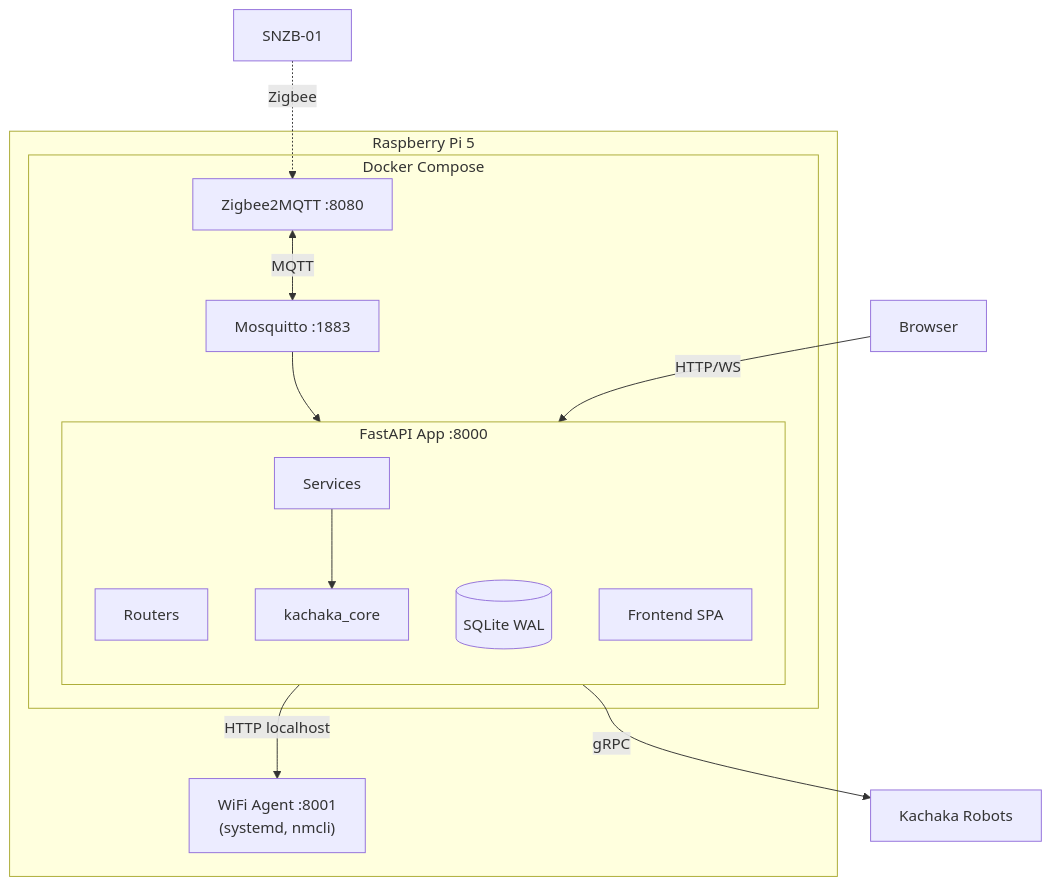
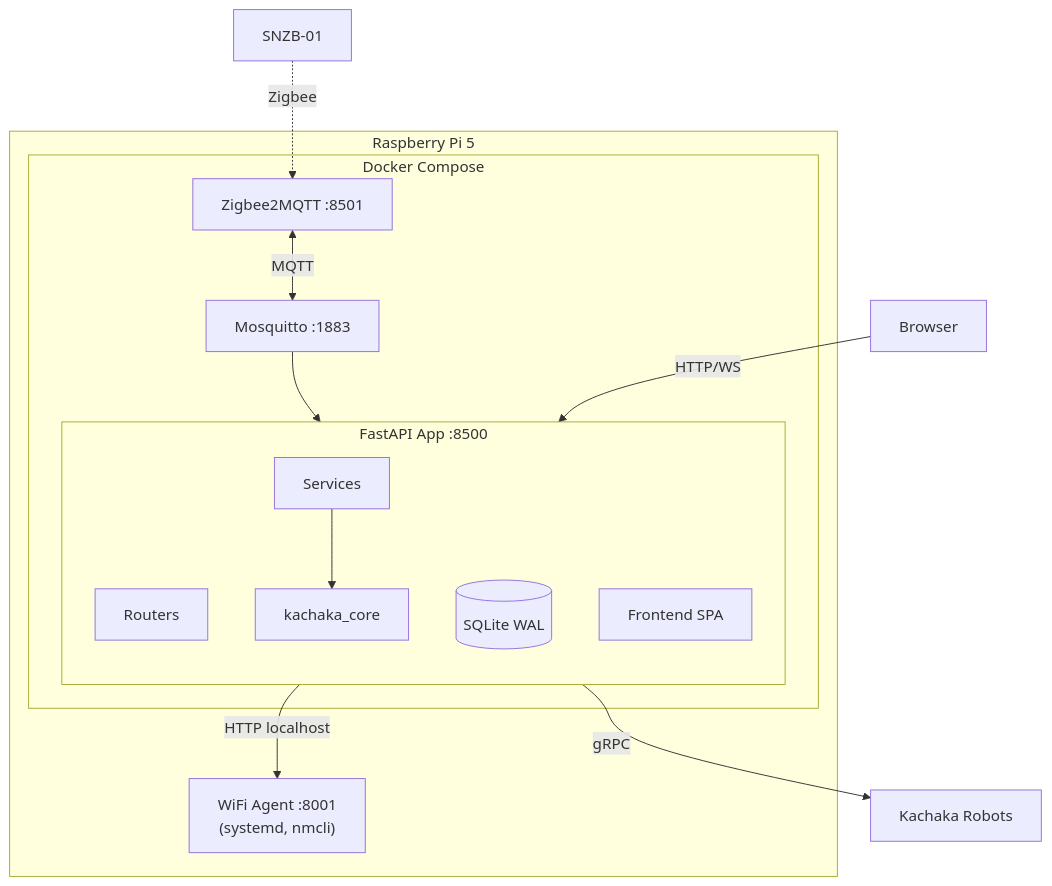
One commit to Sigma-Snaken/sigma-button-controller changed the second of 4 diagrams in README.md. Above: the diagram before and after it, drawn with Mermaid. The commit also changed other lines of this file and 9 other files, not shown here.

````diff
--- a/README.md
+++ b/README.md
@@ -39,26 +39,26 @@
 ```mermaid
 graph TD
     subgraph Pi["Raspberry Pi 5"]
         subgraph Docker["Docker Compose"]
             MQTT["Mosquitto :1883"]
-            Z2M["Zigbee2MQTT :8080"]
-            subgraph App["FastAPI App :8000"]
+            Z2M["Zigbee2MQTT :8501"]
+            subgraph App["FastAPI App :8500"]
                 direction TB
                 Routers["Routers"]
                 Services["Services"]
                 SDK["kachaka_core"]
                 DB[("SQLite WAL")]
                 FE["Frontend SPA"]
             end
         end
         WA["WiFi Agent :8001<br/>(systemd, nmcli)"]
     end
 
     SNZB["SNZB-01"] -.->|Zigbee| Z2M
     Z2M <-->|MQTT| MQTT
     MQTT --> Services
     Services --> SDK
     SDK -->|gRPC| Kachaka["Kachaka Robots"]
     App -->|HTTP localhost| WA
     Browser["Browser"] -->|HTTP/WS| FE
 ```
````
